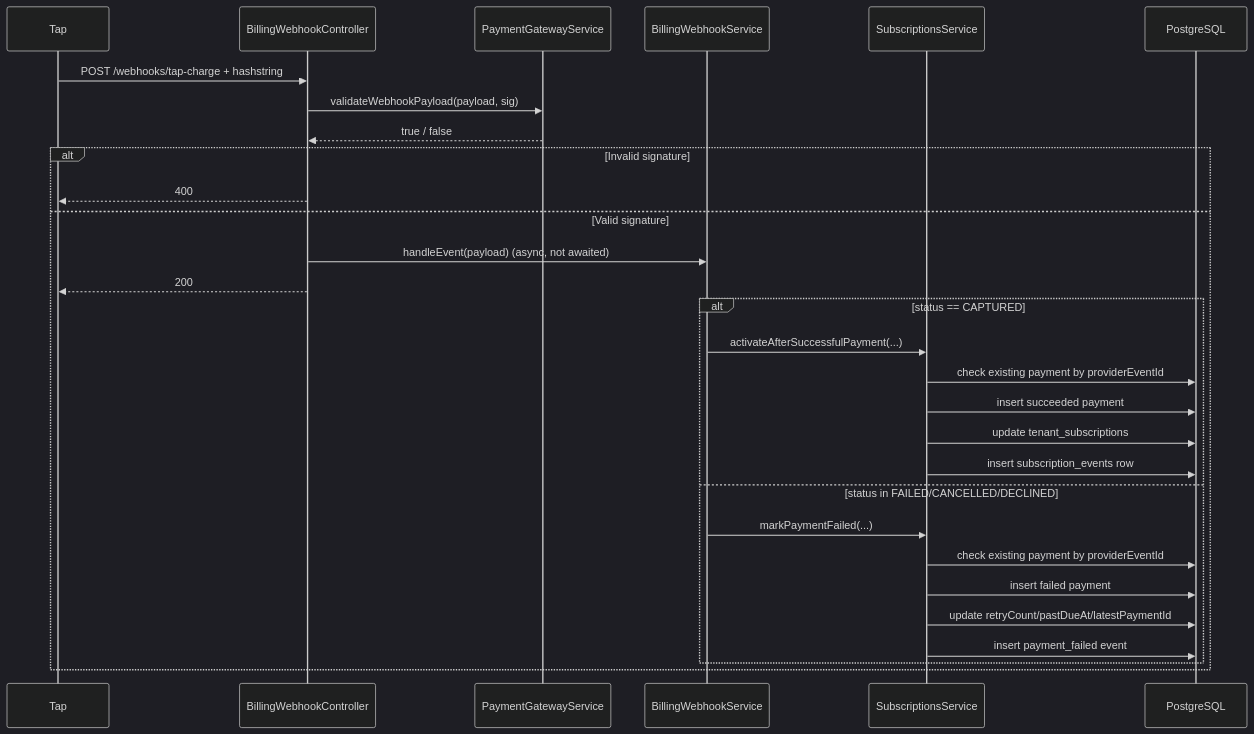
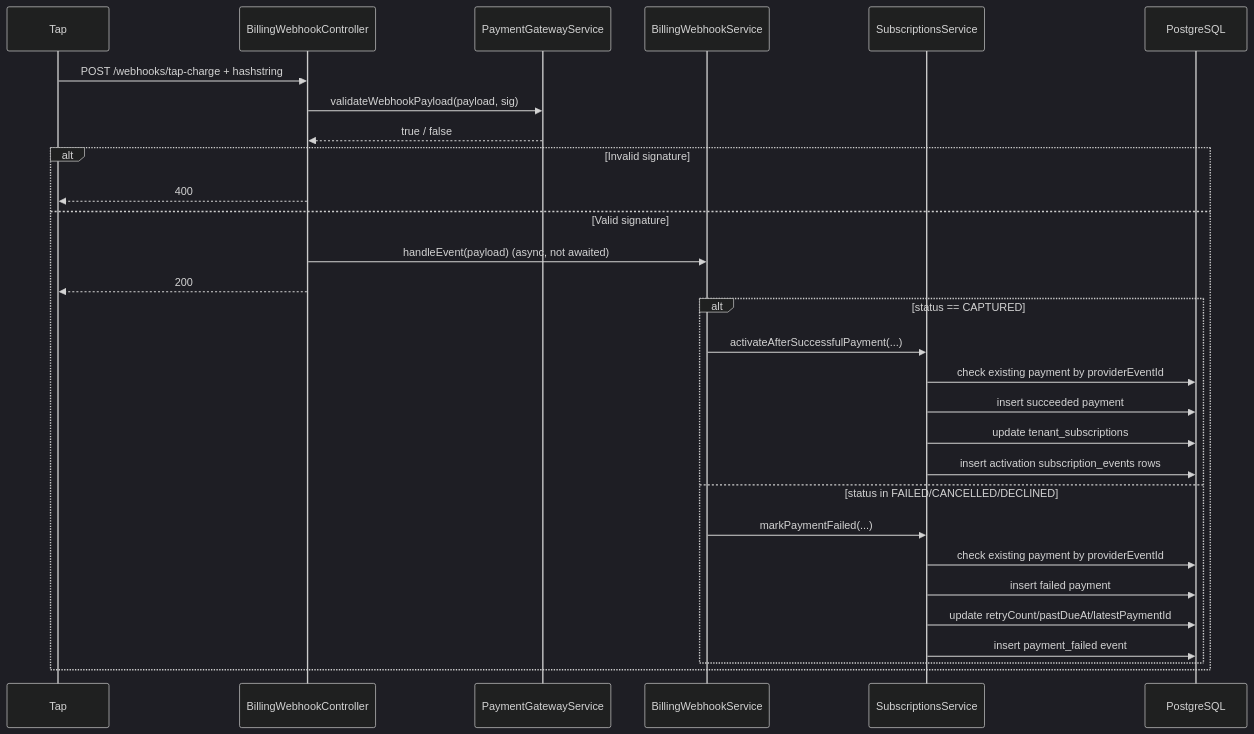
One commit to tarek-saimouah/saas-plan-subscription-demo changed the first of 2 diagrams in docs/PLANS_SUBSCRIPTIONS_FEATURE.md. Above: the diagram before and after it, drawn with Mermaid (dark theme). The commit also changed other lines of this file and 8 other files, not shown here.

Commit message:
Handle missing subscription events lifecycle.

````diff
--- a/docs/PLANS_SUBSCRIPTIONS_FEATURE.md
+++ b/docs/PLANS_SUBSCRIPTIONS_FEATURE.md
@@ -340,32 +351,32 @@
 ```mermaid
 sequenceDiagram
     participant Tap as Tap
     participant Webhook as BillingWebhookController
     participant Gateway as PaymentGatewayService
     participant Handler as BillingWebhookService
     participant Subs as SubscriptionsService
     participant DB as PostgreSQL
 
     Tap->>Webhook: POST /webhooks/tap-charge + hashstring
     Webhook->>Gateway: validateWebhookPayload(payload, sig)
     Gateway-->>Webhook: true / false
     alt Invalid signature
         Webhook-->>Tap: 400
     else Valid signature
         Webhook->>Handler: handleEvent(payload) (async, not awaited)
         Webhook-->>Tap: 200
         alt status == CAPTURED
             Handler->>Subs: activateAfterSuccessfulPayment(...)
             Subs->>DB: check existing payment by providerEventId
             Subs->>DB: insert succeeded payment
             Subs->>DB: update tenant_subscriptions
-            Subs->>DB: insert subscription_events row
+            Subs->>DB: insert activation subscription_events rows
         else status in FAILED/CANCELLED/DECLINED
             Handler->>Subs: markPaymentFailed(...)
             Subs->>DB: check existing payment by providerEventId
             Subs->>DB: insert failed payment
             Subs->>DB: update retryCount/pastDueAt/latestPaymentId
             Subs->>DB: insert payment_failed event
         end
     end
 ```
````
